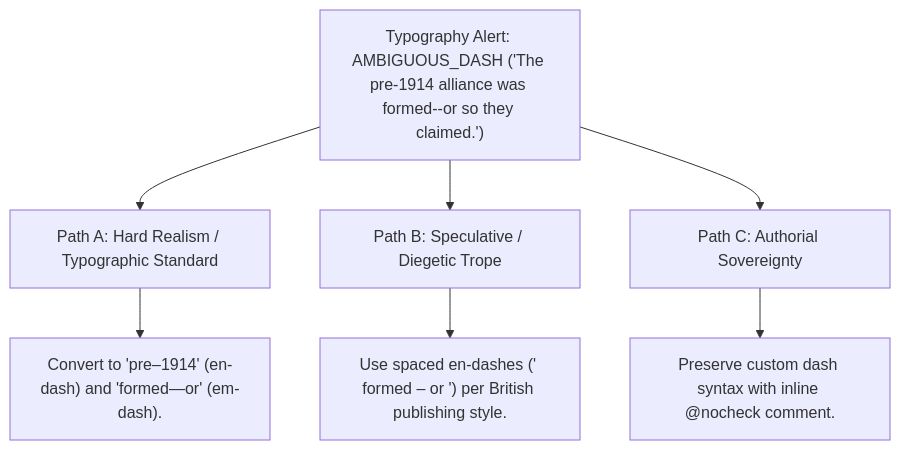
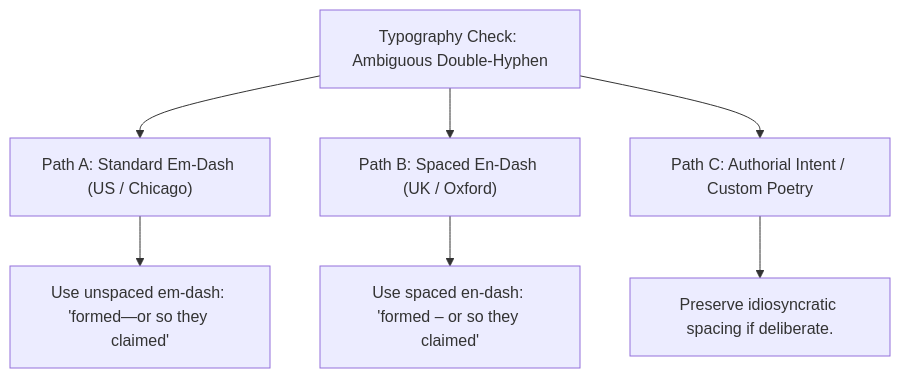
One commit to aryansinghnagar/Ars-Arcanum changed the second of 2 diagrams in docs/TYPOGRAPHY.md. Above: the diagram before and after it, drawn with Mermaid. The commit also changed other lines of this file and 12 other files, not shown here.

````diff
--- a/docs/TYPOGRAPHY.md
+++ b/docs/TYPOGRAPHY.md
@@ -159,10 +102,10 @@
 ```mermaid
 flowchart TD
-    Alert["Typography Alert: AMBIGUOUS_DASH ('The pre-1914 alliance was formed--or so they claimed.')"] --> PathA["Path A: Hard Realism / Typographic Standard"]
-    Alert --> PathB["Path B: Speculative / Diegetic Trope"]
-    Alert --> PathC["Path C: Authorial Sovereignty"]
+    Alert["Typography Check: Ambiguous Double-Hyphen"] --> PathA["Path A: Standard Em-Dash (US / Chicago)"]
+    Alert --> PathB["Path B: Spaced En-Dash (UK / Oxford)"]
+    Alert --> PathC["Path C: Authorial Intent / Custom Poetry"]
     
-    PathA --> SolA["Convert to 'pre–1914' (en-dash) and 'formed—or' (em-dash)."]
-    PathB --> SolB["Use spaced en-dashes (' formed – or ') per British publishing style."]
-    PathC --> SolC["Preserve custom dash syntax with inline @nocheck comment."]
+    PathA --> SolA["Use unspaced em-dash: 'formed—or so they claimed'"]
+    PathB --> SolB["Use spaced en-dash: 'formed – or so they claimed'"]
+    PathC --> SolC["Preserve idiosyncratic spacing if deliberate."]
 ```
````
